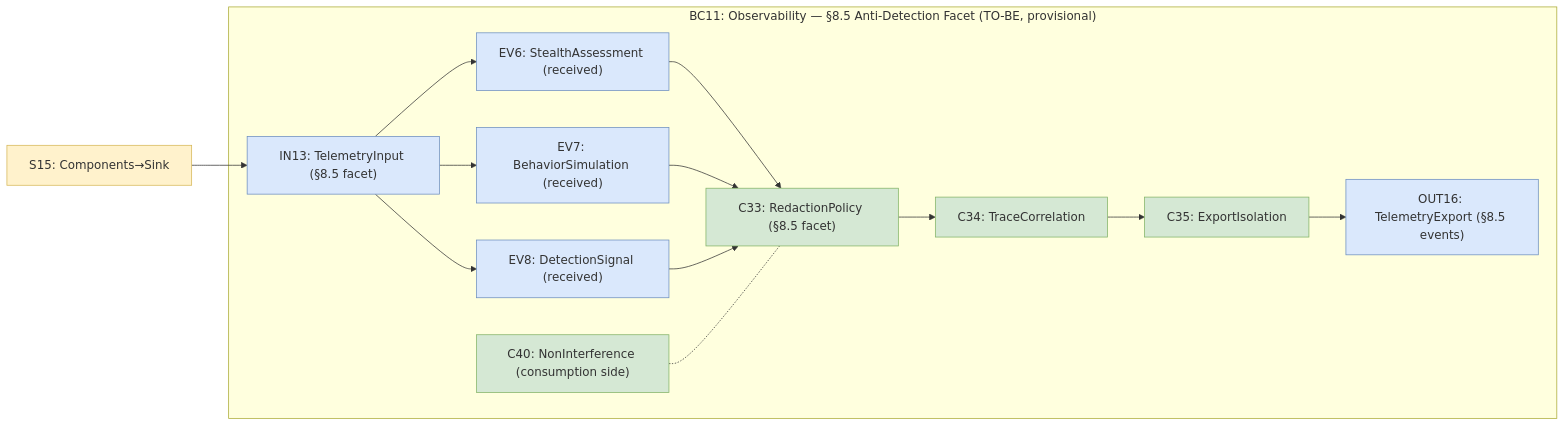
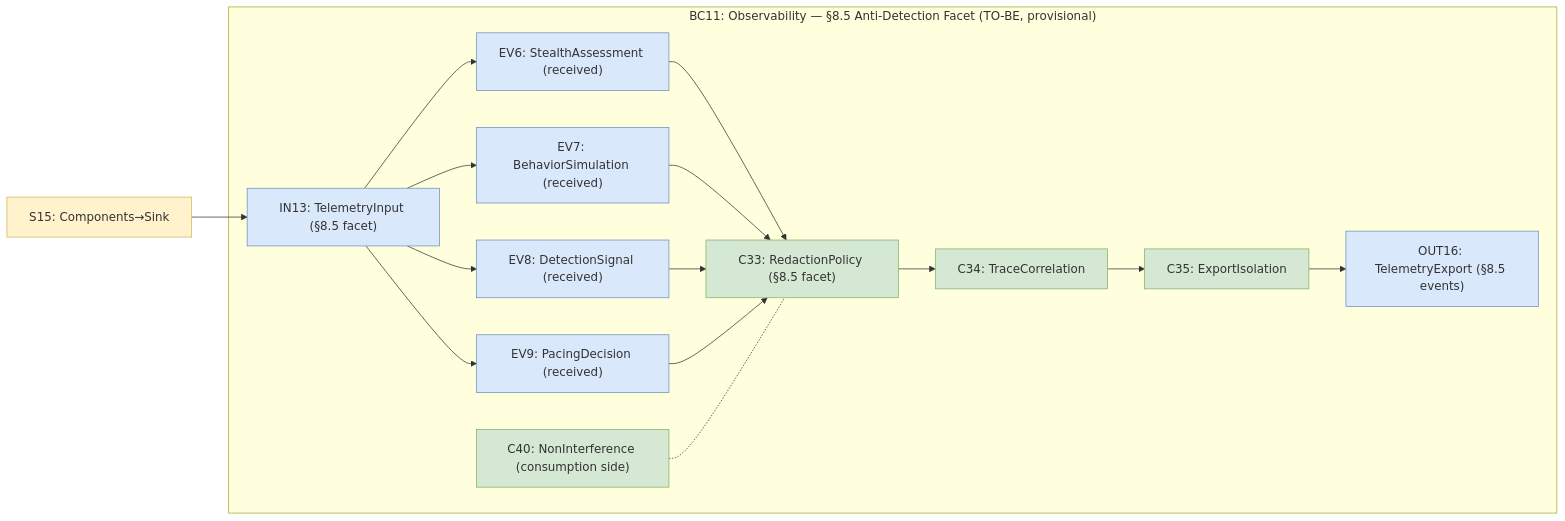
The second of 3 diagrams in thoughts/searchable/shared/plans/2026-07-09-phase4-anti-detection-pacing-tdd-plan.md (tha-hammer/zigBrowser), drawn with Mermaid before and after one commit. The commit also changed other lines of this file and 2 other files, not shown here.

````diff
--- a/thoughts/searchable/shared/plans/2026-07-09-phase4-anti-detection-pacing-tdd-plan.md
+++ b/thoughts/searchable/shared/plans/2026-07-09-phase4-anti-detection-pacing-tdd-plan.md
@@ -2278,36 +2726,39 @@
 ```mermaid
 flowchart LR
     classDef iface    fill:#dae8fc,stroke:#6c8ebf
     classDef contract fill:#d5e8d4,stroke:#82b366
     classDef seam     fill:#fff2cc,stroke:#d6b656
     classDef gap      fill:#f8cecc,stroke:#b85450
 
     S15["S15: Components→Sink"]:::seam
 
     subgraph BC11_facet["BC11: Observability — §8.5 Anti-Detection Facet (TO-BE, provisional)"]
         IN13["IN13: TelemetryInput (§8.5 facet)"]:::iface
 
         EV6r["EV6: StealthAssessment (received)"]:::iface
         EV7r["EV7: BehaviorSimulation (received)"]:::iface
         EV8r["EV8: DetectionSignal (received)"]:::iface
+        EV9r["EV9: PacingDecision (received)"]:::iface
 
         C33["C33: RedactionPolicy (§8.5 facet)"]:::contract
         C34["C34: TraceCorrelation"]:::contract
         C35["C35: ExportIsolation"]:::contract
         C40r["C40: NonInterference (consumption side)"]:::contract
 
         OUT16["OUT16: TelemetryExport (§8.5 events)"]:::iface
     end
 
     S15 --> IN13
     IN13 --> EV6r
     IN13 --> EV7r
     IN13 --> EV8r
+    IN13 --> EV9r
     EV6r --> C33
     EV7r --> C33
     EV8r --> C33
+    EV9r --> C33
     C33 --> C34
     C34 --> C35
     C35 --> OUT16
     C40r -.- C33
 ```
````
